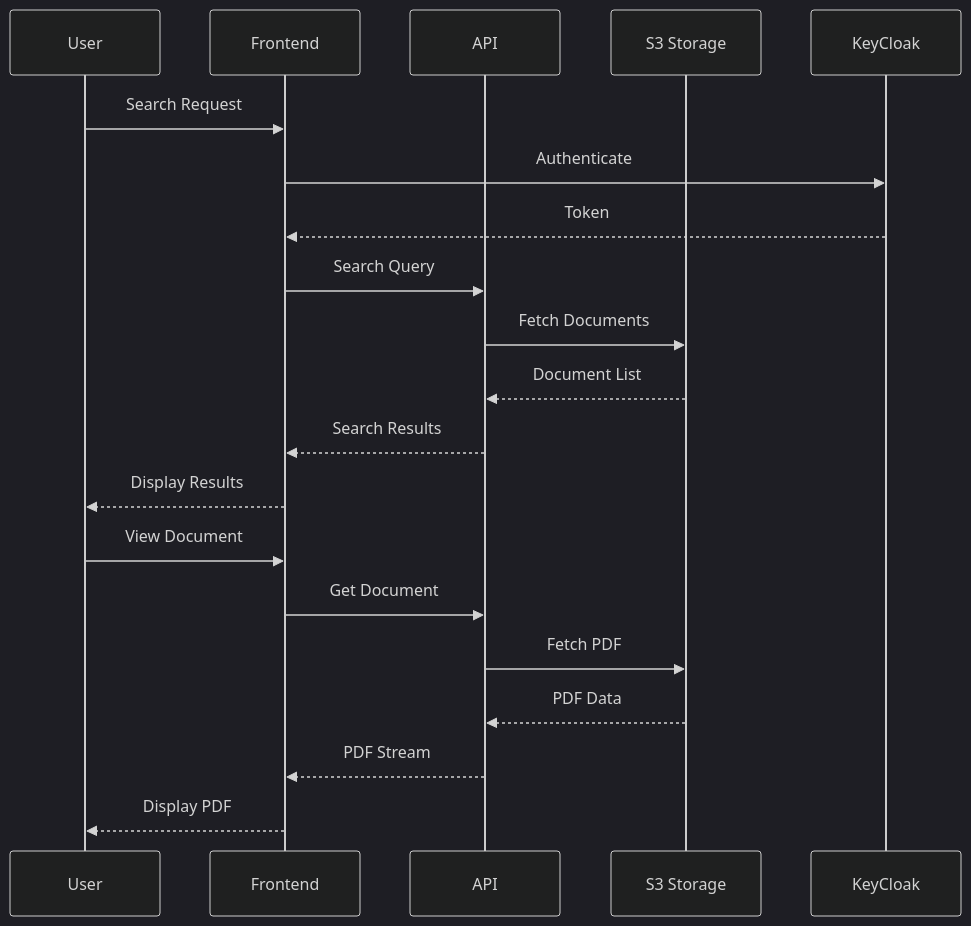
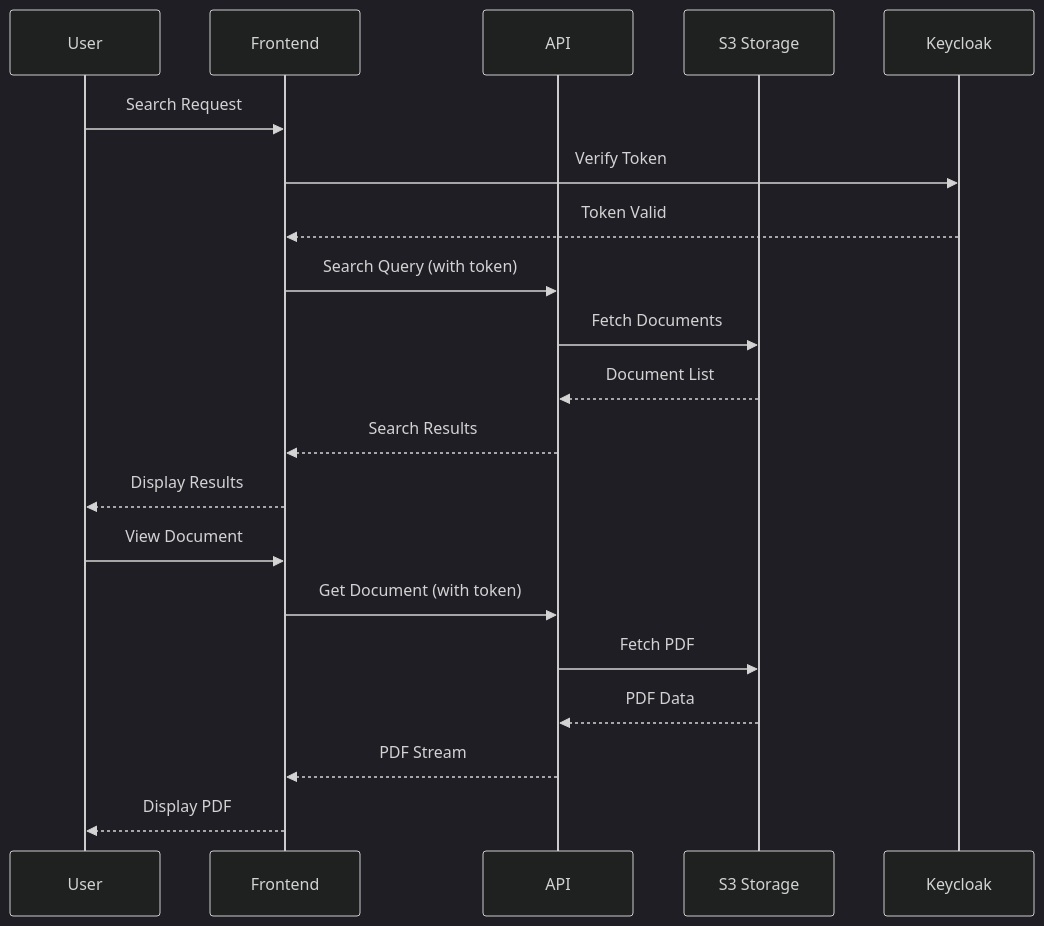
Before and after one commit to bcgov/EPIC.search: the fourth of 5 diagrams in search-web/DOCUMENTATION.md, drawn with Mermaid (dark theme). The commit also changed other lines of this file and 26 other files, not shown here.

````diff
--- a/search-web/DOCUMENTATION.md
+++ b/search-web/DOCUMENTATION.md
@@ -44,24 +96,24 @@
 ```mermaid
 sequenceDiagram
     participant U as User
     participant F as Frontend
     participant A as API
     participant S3 as S3 Storage
-    participant K as KeyCloak
+    participant K as Keycloak
 
     U->>F: Search Request
-    F->>K: Authenticate
-    K-->>F: Token
-    F->>A: Search Query
+    F->>K: Verify Token
+    K-->>F: Token Valid
+    F->>A: Search Query (with token)
     A->>S3: Fetch Documents
     S3-->>A: Document List
     A-->>F: Search Results
     F-->>U: Display Results
     
     U->>F: View Document
-    F->>A: Get Document
+    F->>A: Get Document (with token)
     A->>S3: Fetch PDF
     S3-->>A: PDF Data
     A-->>F: PDF Stream
     F-->>U: Display PDF
 ```
````
